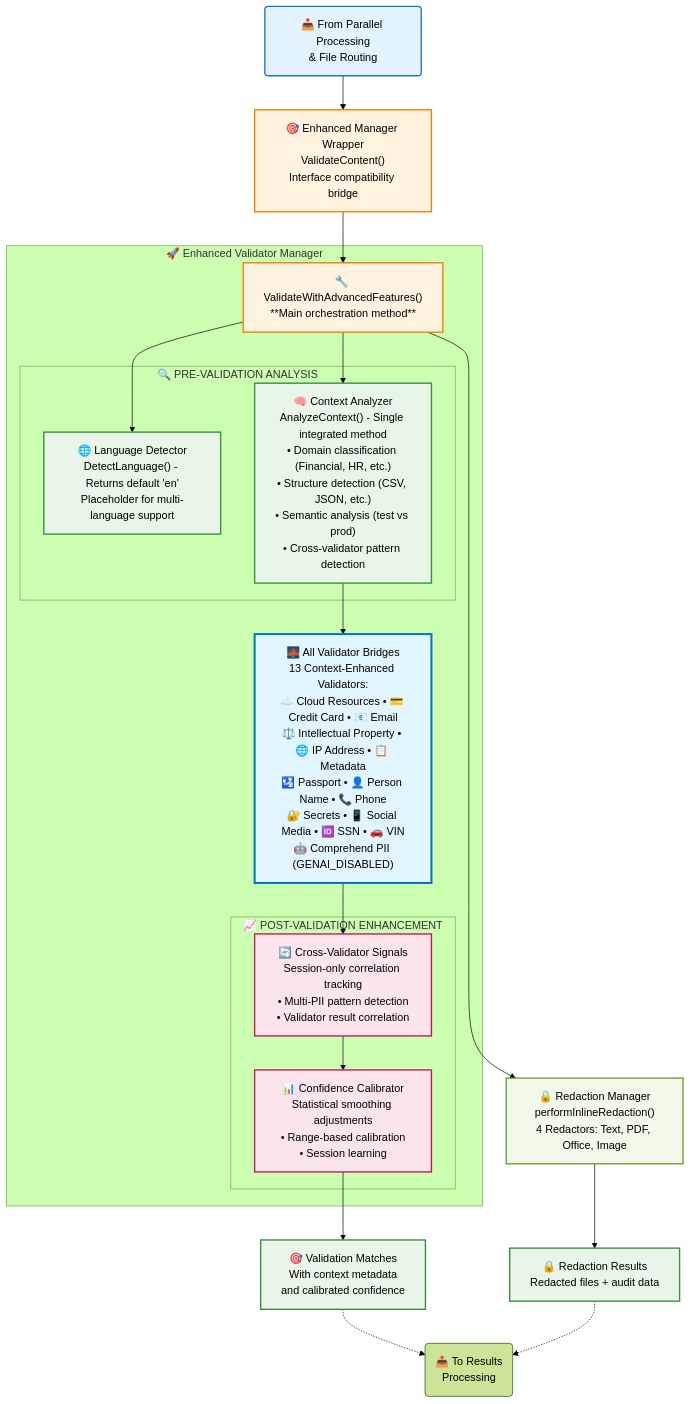
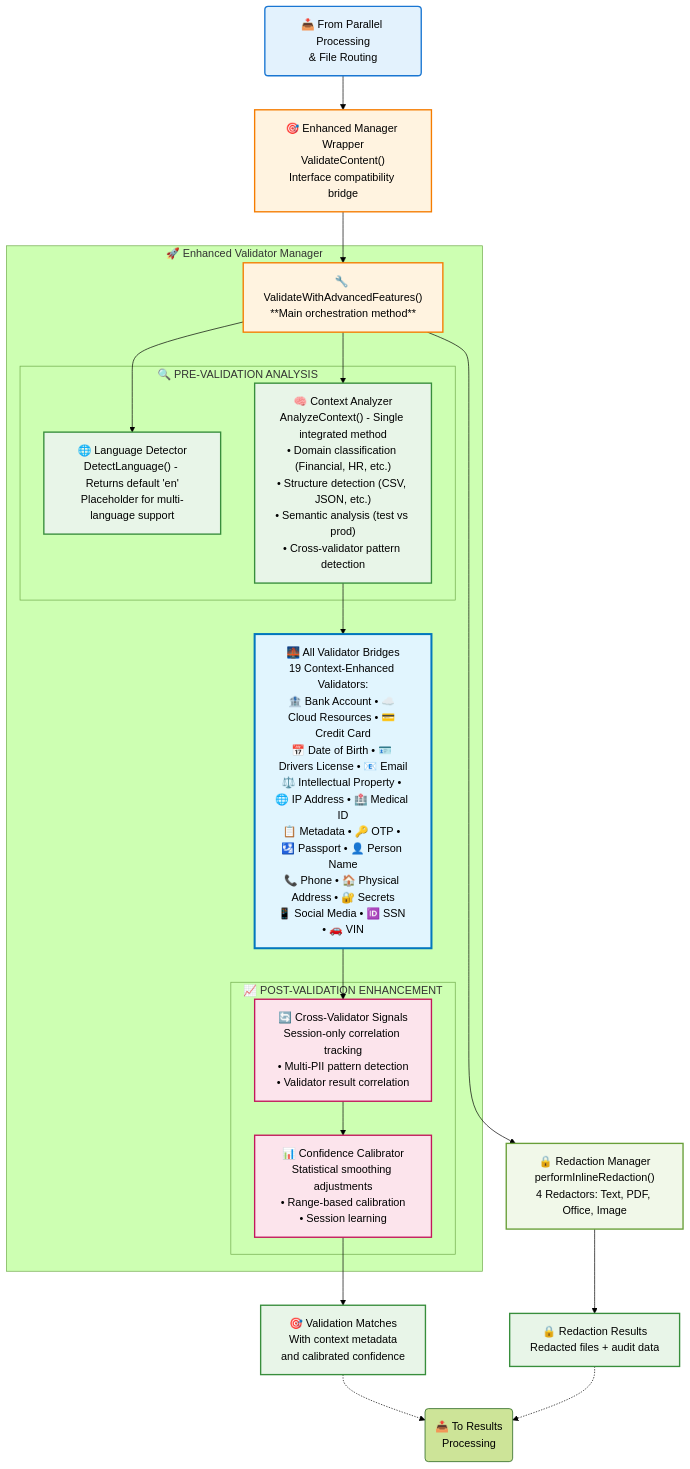
Before and after one commit to awslabs/ferret-scan: the fourth of 8 diagrams in docs/architecture-diagram.md, drawn with Mermaid (forest theme). The commit also changed other lines of this file and 33 other files, not shown here.

First line of the commit message:
feat(validators): add 6 new validators — bank, OTP, DOB, address, DL, medical

````diff
--- a/docs/architecture-diagram.md
+++ b/docs/architecture-diagram.md
@@ -234,73 +234,73 @@
 ```mermaid
 flowchart TD
     %% Input from previous stage
     ContentInput("📥 From Parallel Processing<br/>& File Routing")
 
     %% Validation Pipeline
     EnhancedWrapper["🎯 Enhanced Manager Wrapper<br/>ValidateContent()<br/>Interface compatibility bridge"]
 
     subgraph EnhancedManager["🚀 Enhanced Validator Manager"]
         ValidateMethod["🔧 ValidateWithAdvancedFeatures()<br/>**Main orchestration method**"]
 
         %% PRE-VALIDATION: Context Analysis
         subgraph PreValidation["🔍 PRE-VALIDATION ANALYSIS"]
             LanguageDetector["🌐 Language Detector<br/>DetectLanguage() - Returns default 'en'<br/>Placeholder for multi-language support"]
             ContextAnalyzer["🧠 Context Analyzer<br/>AnalyzeContext() - Single integrated method<br/>• Domain classification (Financial, HR, etc.)<br/>• Structure detection (CSV, JSON, etc.)<br/>• Semantic analysis (test vs prod)<br/>• Cross-validator pattern detection"]
         end
 
         %% VALIDATION: Enhanced Validators
-        ValidatorBridges["🌉 All Validator Bridges<br/>13 Context-Enhanced Validators:<br/>☁️ Cloud Resources • 💳 Credit Card • 📧 Email<br/>⚖️ Intellectual Property • 🌐 IP Address • 📋 Metadata<br/>🛂 Passport • 👤 Person Name • 📞 Phone<br/>🔐 Secrets • 📱 Social Media • 🆔 SSN • 🚗 VIN<br/>🤖 Comprehend PII (GENAI_DISABLED)"]
+        ValidatorBridges["🌉 All Validator Bridges<br/>19 Context-Enhanced Validators:<br/>🏦 Bank Account • ☁️ Cloud Resources • 💳 Credit Card<br/>📅 Date of Birth • 🪪 Drivers License • 📧 Email<br/>⚖️ Intellectual Property • 🌐 IP Address • 🏥 Medical ID<br/>📋 Metadata • 🔑 OTP • 🛂 Passport • 👤 Person Name<br/>📞 Phone • 🏠 Physical Address • 🔐 Secrets<br/>📱 Social Media • 🆔 SSN • 🚗 VIN"]
 
         %% POST-VALIDATION: Result Enhancement
         subgraph PostValidation["📈 POST-VALIDATION ENHANCEMENT"]
             CrossValidatorProcessor["🔄 Cross-Validator Signals<br/>Session-only correlation tracking<br/>• Multi-PII pattern detection<br/>• Validator result correlation"]
             ConfidenceCalibrator["📊 Confidence Calibrator<br/>Statistical smoothing adjustments<br/>• Range-based calibration<br/>• Session learning"]
         end
     end
 
     %% Inline Redaction (happens during worker processing)
     RedactionManager["🔒 Redaction Manager<br/>performInlineRedaction()<br/>4 Redactors: Text, PDF, Office, Image"]
 
     %% Output
     ValidationMatches["🎯 Validation Matches<br/>With context metadata<br/>and calibrated confidence"]
     RedactionResults["🔒 Redaction Results<br/>Redacted files + audit data"]
 
     %% Flow - Sequential Processing
     ContentInput --> EnhancedWrapper
     EnhancedWrapper --> ValidateMethod
 
     %% SEQUENTIAL FLOW: Pre → Validation → Post
     ValidateMethod --> LanguageDetector
     ValidateMethod --> ContextAnalyzer
     ContextAnalyzer --> ValidatorBridges
     ValidatorBridges --> CrossValidatorProcessor
     CrossValidatorProcessor --> ConfidenceCalibrator
 
     %% Inline redaction using same extracted content
     ValidateMethod --> RedactionManager
 
     %% Outputs
     ConfidenceCalibrator --> ValidationMatches
     RedactionManager --> RedactionResults
 
     %% Output to next stage
     ValidationMatches -.-> ResultsProcessing("📤 To Results<br/>Processing")
     RedactionResults -.-> ResultsProcessing
 
     %% Styling
     classDef input fill:#e3f2fd,stroke:#1976d2,stroke-width:2px
     classDef validation fill:#fff3e0,stroke:#f57c00,stroke-width:2px
     classDef prevalidation fill:#e8f5e8,stroke:#388e3c,stroke-width:2px
     classDef postvalidation fill:#fce4ec,stroke:#c2185b,stroke-width:2px
     classDef aggregated fill:#e1f5fe,stroke:#0277bd,stroke-width:3px
     classDef redaction fill:#f1f8e9,stroke:#689f38,stroke-width:2px
     classDef output fill:#e8f5e8,stroke:#388e3c,stroke-width:2px
 
     class ContentInput input
     class EnhancedWrapper,ValidateMethod validation
     class LanguageDetector,ContextAnalyzer prevalidation
     class CrossValidatorProcessor,ConfidenceCalibrator postvalidation
     class ValidatorBridges aggregated
     class RedactionManager redaction
     class ValidationMatches,RedactionResults output
 ```
````
